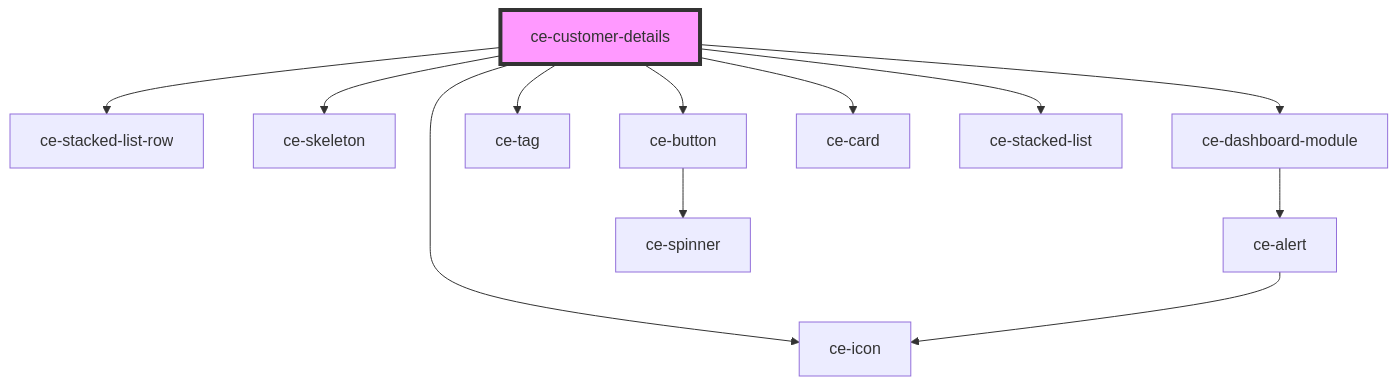
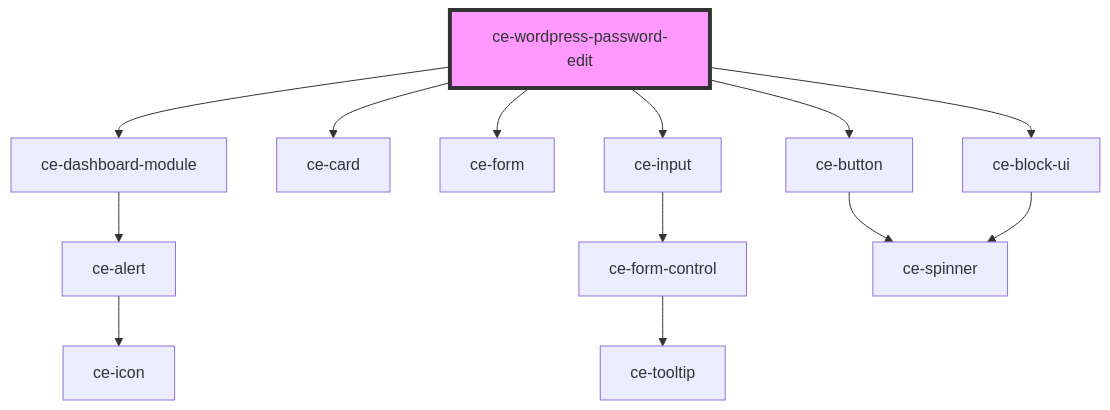
Before and after one commit to surecart/surecart-wp-plugin: the diagram in packages/components/src/components/controllers/dashboard/wordpress-password-edit/readme.md, drawn with Mermaid. The commit also changed other lines of this file and 27 other files, not shown here.

````diff
--- a/packages/components/src/components/controllers/dashboard/wordpress-password-edit/readme.md
+++ b/packages/components/src/components/controllers/dashboard/wordpress-password-edit/readme.md
@@ -30,15 +29,16 @@
 ```mermaid
 graph TD;
-  ce-customer-details --> ce-stacked-list-row
-  ce-customer-details --> ce-skeleton
-  ce-customer-details --> ce-dashboard-module
-  ce-customer-details --> ce-tag
-  ce-customer-details --> ce-button
-  ce-customer-details --> ce-icon
-  ce-customer-details --> ce-card
-  ce-customer-details --> ce-stacked-list
+  ce-wordpress-password-edit --> ce-dashboard-module
+  ce-wordpress-password-edit --> ce-card
+  ce-wordpress-password-edit --> ce-form
+  ce-wordpress-password-edit --> ce-input
+  ce-wordpress-password-edit --> ce-button
+  ce-wordpress-password-edit --> ce-block-ui
   ce-dashboard-module --> ce-alert
   ce-alert --> ce-icon
+  ce-input --> ce-form-control
+  ce-form-control --> ce-tooltip
   ce-button --> ce-spinner
-  style ce-customer-details fill:#f9f,stroke:#333,stroke-width:4px
+  ce-block-ui --> ce-spinner
+  style ce-wordpress-password-edit fill:#f9f,stroke:#333,stroke-width:4px
 ```
````
